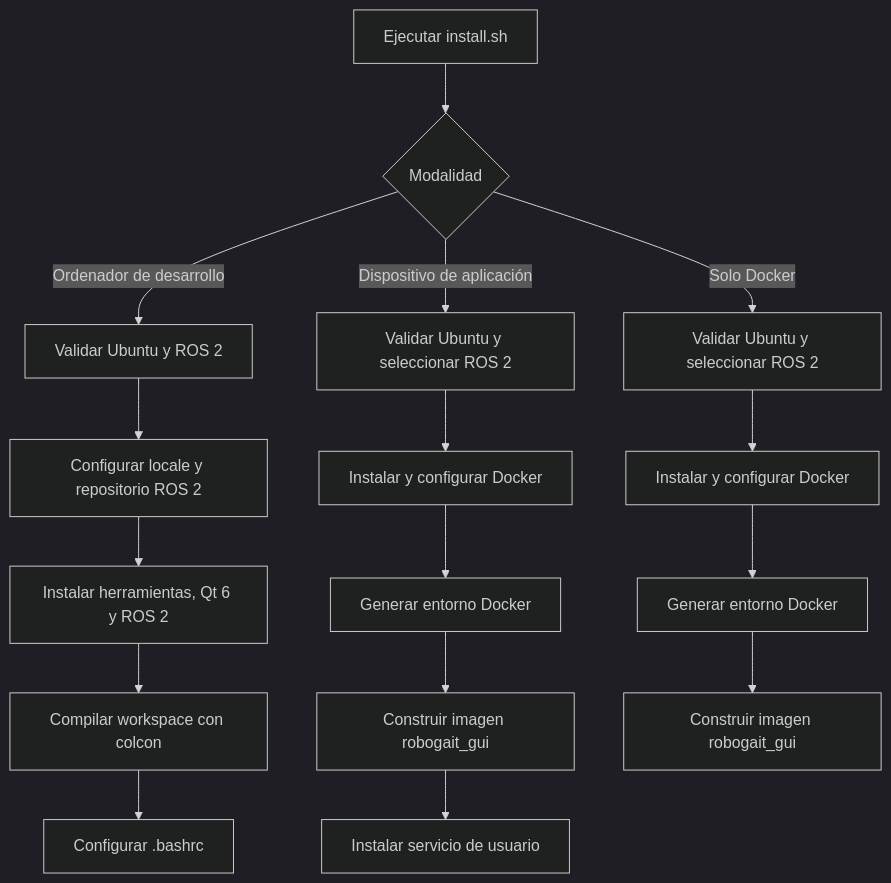
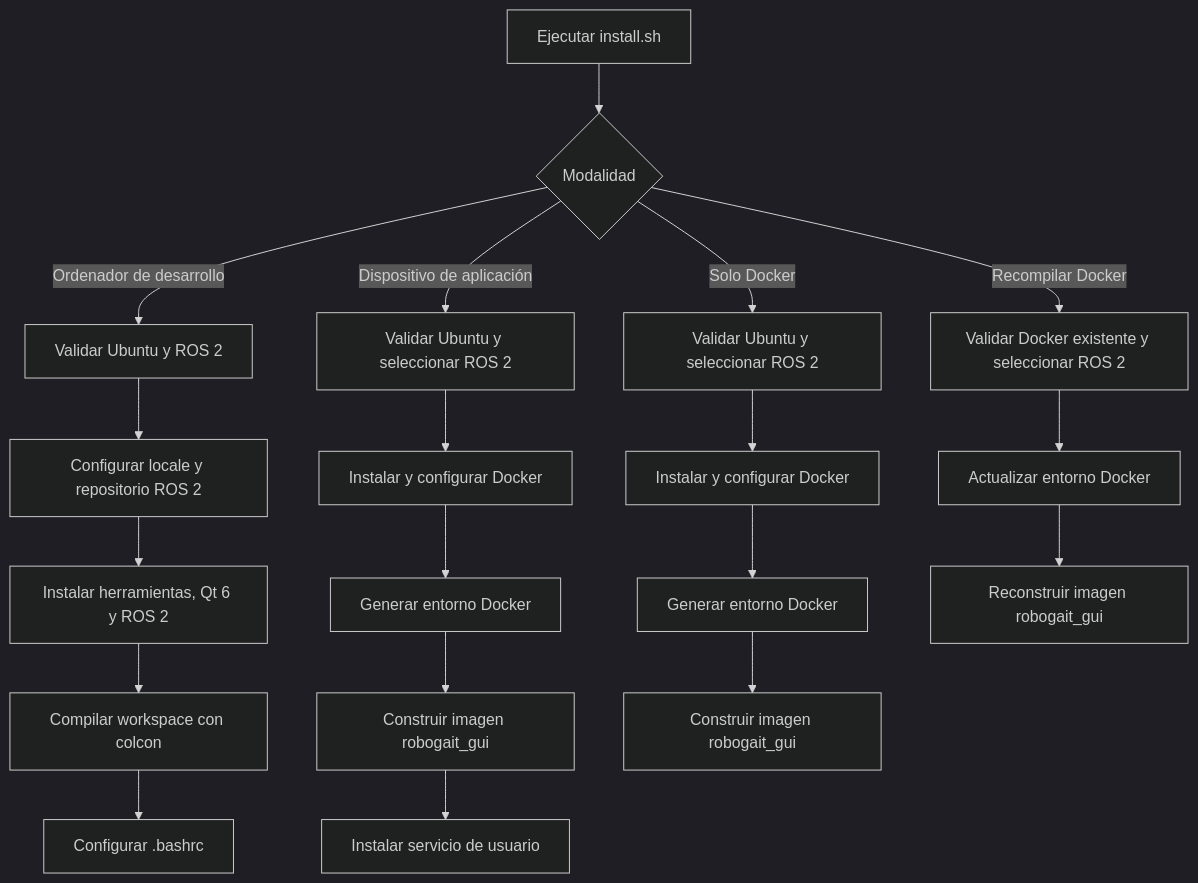
Before and after one commit to victor-villamar/GUI_ROBOGait_V2: the diagram in scripts/README.md, drawn with Mermaid (dark theme). The commit also changed other lines of this file and 4 other files, not shown here.

Commit message:
[develop] Add Docker image rebuild option

````diff
--- a/scripts/README.md
+++ b/scripts/README.md
@@ -50,21 +50,25 @@
 ```mermaid
 flowchart TD
     Start[Ejecutar install.sh] --> Mode{Modalidad}
 
     Mode -->|Ordenador de desarrollo| Dev[Validar Ubuntu y ROS 2]
     Dev --> Locale[Configurar locale y repositorio ROS 2]
     Locale --> Dependencies[Instalar herramientas, Qt 6 y ROS 2]
     Dependencies --> Build[Compilar workspace con colcon]
     Build --> Bashrc[Configurar .bashrc]
 
     Mode -->|Dispositivo de aplicación| Device[Validar Ubuntu y seleccionar ROS 2]
     Device --> DeviceDocker[Instalar y configurar Docker]
     DeviceDocker --> DeviceEnvironment[Generar entorno Docker]
     DeviceEnvironment --> DeviceImage[Construir imagen robogait_gui]
     DeviceImage --> Service[Instalar servicio de usuario]
 
     Mode -->|Solo Docker| DockerOnly[Validar Ubuntu y seleccionar ROS 2]
     DockerOnly --> OnlyDocker[Instalar y configurar Docker]
     OnlyDocker --> OnlyEnvironment[Generar entorno Docker]
     OnlyEnvironment --> OnlyImage[Construir imagen robogait_gui]
+
+    Mode -->|Recompilar Docker| Rebuild[Validar Docker existente y seleccionar ROS 2]
+    Rebuild --> RebuildEnvironment[Actualizar entorno Docker]
+    RebuildEnvironment --> RebuildImage[Reconstruir imagen robogait_gui]
 ```
````
